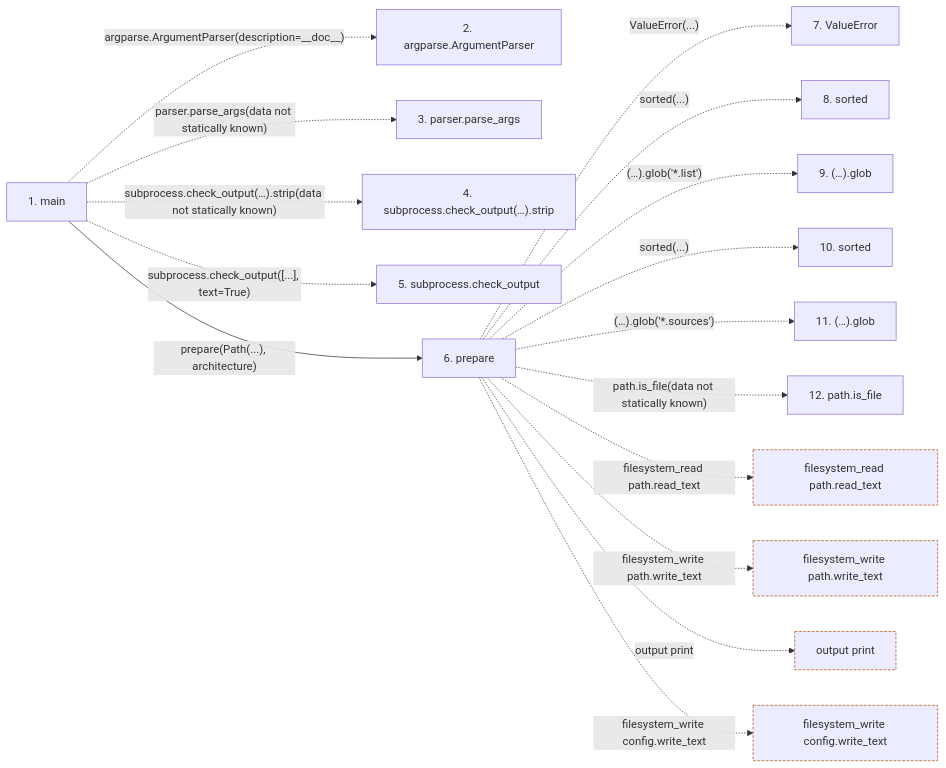
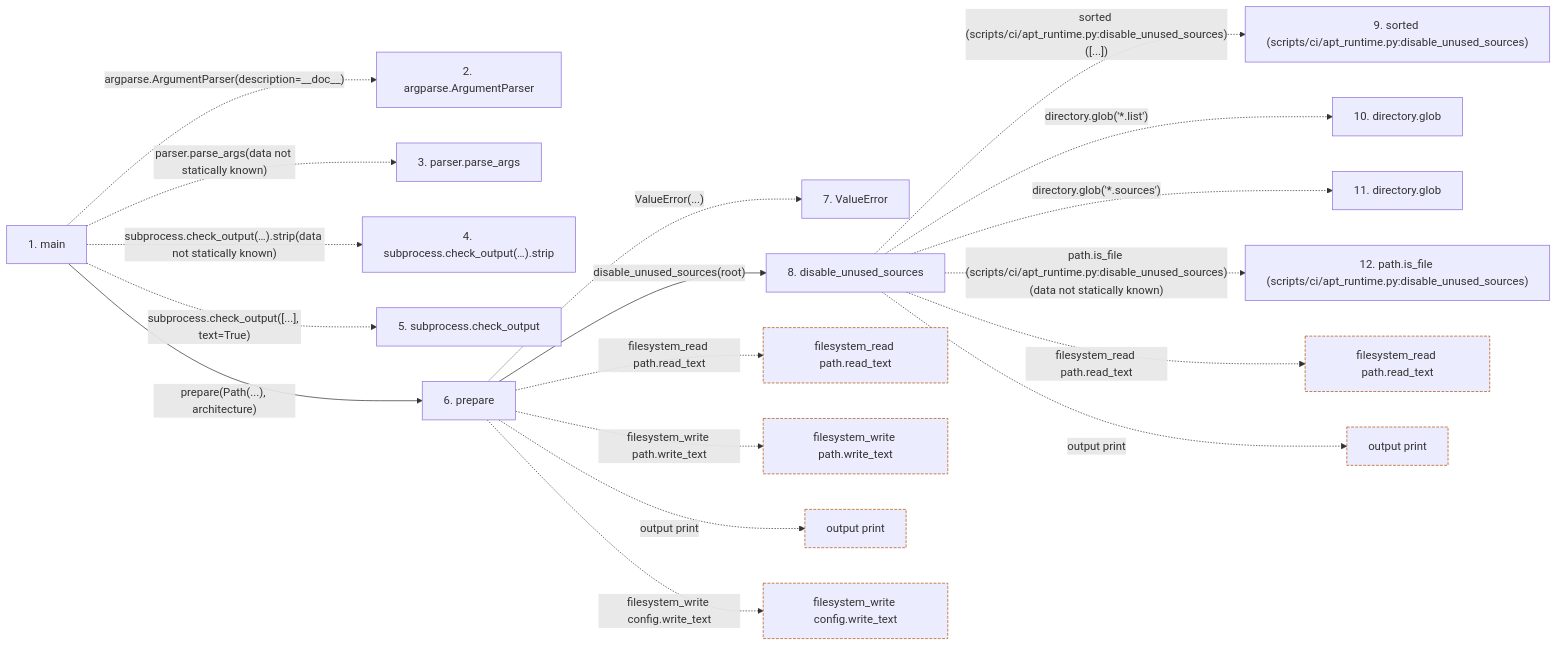
One commit to Denissvgn/WorkChord changed the second of 2 diagrams in docs/llm_wiki/flows/process-apt_runtime.md. Above: the diagram before and after it, drawn with Mermaid. The commit also changed other lines of this file and 2373 other files, not shown here.

````diff
--- a/docs/llm_wiki/flows/process-apt_runtime.md
+++ b/docs/llm_wiki/flows/process-apt_runtime.md
@@ -69,41 +97,48 @@
 ```mermaid
 flowchart LR
     s1["1. main"]
     s2["2. argparse.ArgumentParser"]
     s3["3. parser.parse_args"]
     s4["4. subprocess.check_output(…).strip"]
     s5["5. subprocess.check_output"]
     s6["6. prepare"]
     s7["7. ValueError"]
-    s8["8. sorted"]
-    s9["9. (…).glob"]
-    s10["10. sorted"]
-    s11["11. (…).glob"]
-    s12["12. path.is_file"]
+    s8["8. disable_unused_sources"]
+    s9["9. sorted (scripts/ci/apt_runtime.py:disable_unused_sources)"]
+    s10["10. directory.glob"]
+    s11["11. directory.glob"]
+    s12["12. path.is_file (scripts/ci/apt_runtime.py:disable_unused_sources)"]
     s1 -. "argparse.ArgumentParser(description=__doc__)" .-> s2
     s1 -. "parser.parse_args(data not statically known)" .-> s3
     s1 -. "subprocess.check_output(…).strip(data not statically known)" .-> s4
     s1 -. "subprocess.check_output([...], text=True)" .-> s5
     s1 -->|"prepare(Path(...), architecture)"| s6
     s6 -. "ValueError(...)" .-> s7
-    s6 -. "sorted(...)" .-> s8
-    s6 -. "(…).glob('*.list')" .-> s9
-    s6 -. "sorted(...)" .-> s10
-    s6 -. "(…).glob('*.sources')" .-> s11
-    s6 -. "path.is_file(data not statically known)" .-> s12
+    s6 -->|"disable_unused_sources(root)"| s8
+    s8 -. "sorted (scripts/ci/apt_runtime.py:disable_unused_sources)([...])" .-> s9
+    s8 -. "directory.glob('*.list')" .-> s10
+    s8 -. "directory.glob('*.sources')" .-> s11
+    s8 -. "path.is_file (scripts/ci/apt_runtime.py:disable_unused_sources)(data not statically known)" .-> s12
     b0["filesystem_read path.read_text"]
     s6 -. "filesystem_read path.read_text" .-> b0
     b1["filesystem_write path.write_text"]
     s6 -. "filesystem_write path.write_text" .-> b1
     b2["output print"]
     s6 -. "output print" .-> b2
     b3["filesystem_write config.write_text"]
     s6 -. "filesystem_write config.write_text" .-> b3
+    b4["filesystem_read path.read_text"]
+    s8 -. "filesystem_read path.read_text" .-> b4
+    b5["output print"]
+    s8 -. "output print" .-> b5
     click s1 "../modules/apt_runtime.md"
     click s6 "../modules/apt_runtime.md"
+    click s8 "../modules/apt_runtime.md"
     classDef boundary stroke:#b45309,stroke-dasharray: 4 2
     class b0 boundary
     class b1 boundary
     class b2 boundary
     class b3 boundary
+    class b4 boundary
+    class b5 boundary
 ```
````
